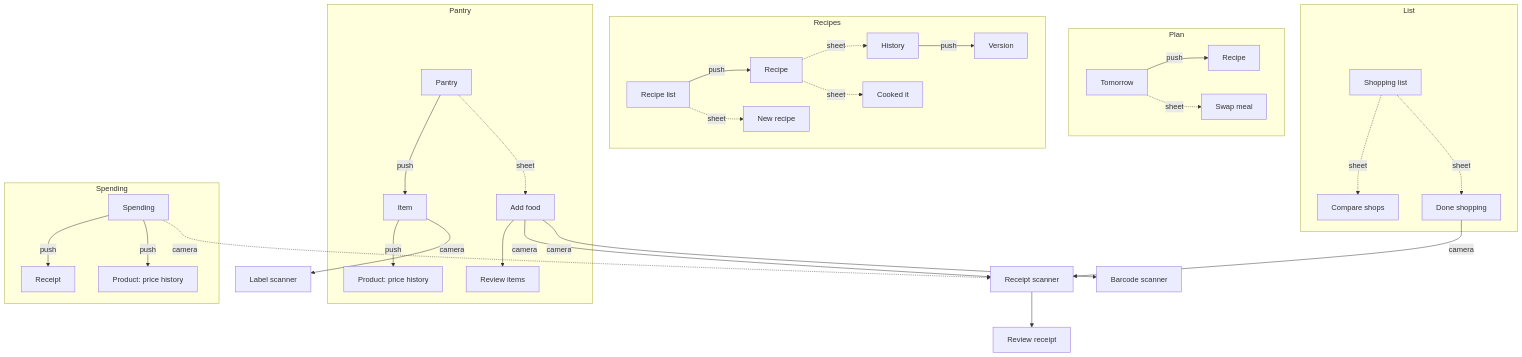
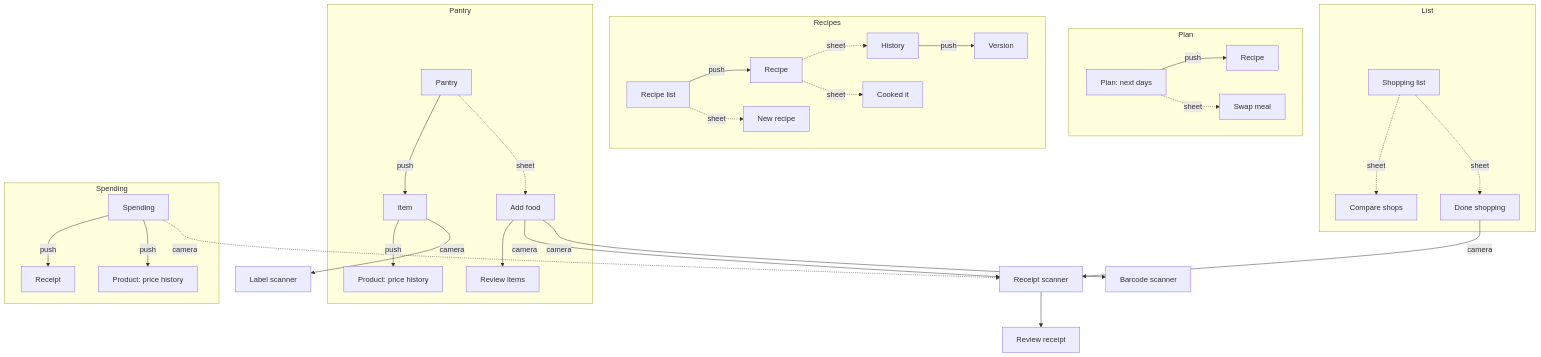
Before and after one commit to traista-eugen/merinde: the diagram in docs/design/navigation.md, drawn with Mermaid. The commit also changed other lines of this file and 6 other files, not shown here.

````diff
--- a/docs/design/navigation.md
+++ b/docs/design/navigation.md
@@ -22,30 +22,30 @@
 ```mermaid
 flowchart TB
     subgraph Plan
-        P[Tomorrow] -->|push| PR[Recipe]
+        P[Plan: next days] -->|push| PR[Recipe]
         P -.->|sheet| PS[Swap meal]
     end
     subgraph Recipes
         R[Recipe list] -->|push| RD[Recipe]
         R -.->|sheet| RN[New recipe]
         RD -.->|sheet| RH[History] -->|push| RV[Version]
         RD -.->|sheet| RC[Cooked it]
     end
     subgraph List
         L[Shopping list] -.->|sheet| LC[Compare shops]
         L -.->|sheet| LD[Done shopping]
     end
     subgraph Pantry
         PA[Pantry] -->|push| PI[Item] -->|push| PP[Product: price history]
         PA -.->|sheet| AF[Add food] --> AR[Review items]
     end
     subgraph Spending
         S[Spending] -->|push| SR[Receipt]
         S -->|push| PP2[Product: price history]
     end
     LD -->|camera| RS[Receipt scanner] --> RR[Review receipt]
     AF -->|camera| RS
     S -.->|camera| RS
     AF -->|camera| BS[Barcode scanner]
     PI -->|camera| LS[Label scanner]
 ```
````
